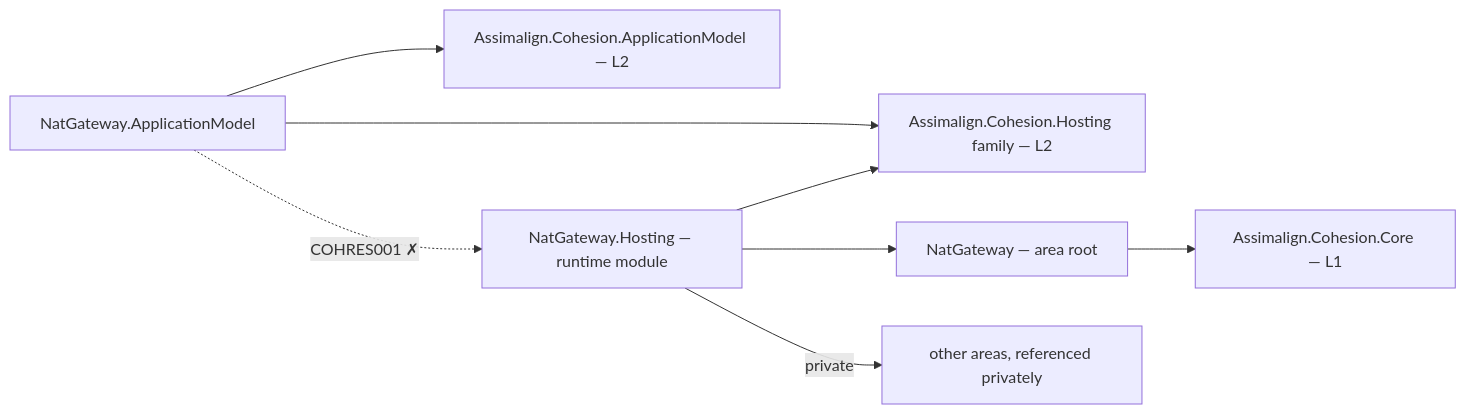
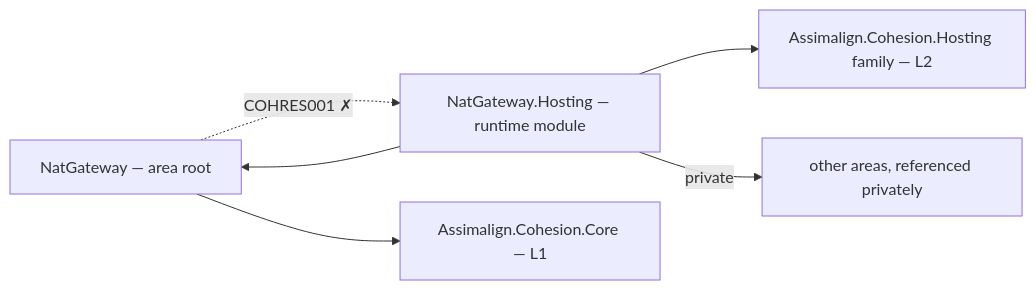
One commit to assimalign/cohesion changed the diagram in resources/NatGateway/README.md. Above: the diagram before and after it, drawn with Mermaid. The commit also changed other lines of this file and 441 other files, not shown here.

````diff
--- a/resources/NatGateway/README.md
+++ b/resources/NatGateway/README.md
@@ -12,17 +12,13 @@
 ```mermaid
 flowchart LR
     P0["NatGateway — area root"]
-    P1["NatGateway.ApplicationModel"]
     P2["NatGateway.Hosting — runtime module"]
     CORE["Assimalign.Cohesion.Core — L1"]
     HOSTFAM["Assimalign.Cohesion.Hosting family — L2"]
-    APPMODEL["Assimalign.Cohesion.ApplicationModel — L2"]
     PRIV["other areas, referenced privately"]
     P0 --> CORE
-    P1 --> APPMODEL
-    P1 --> HOSTFAM
     P2 --> HOSTFAM
     P2 --> P0
     P2 -->|"private"| PRIV
-    P1 -.->|"COHRES001 ✗"| P2
+    P0 -.->|"COHRES001 ✗"| P2
 ```
````
